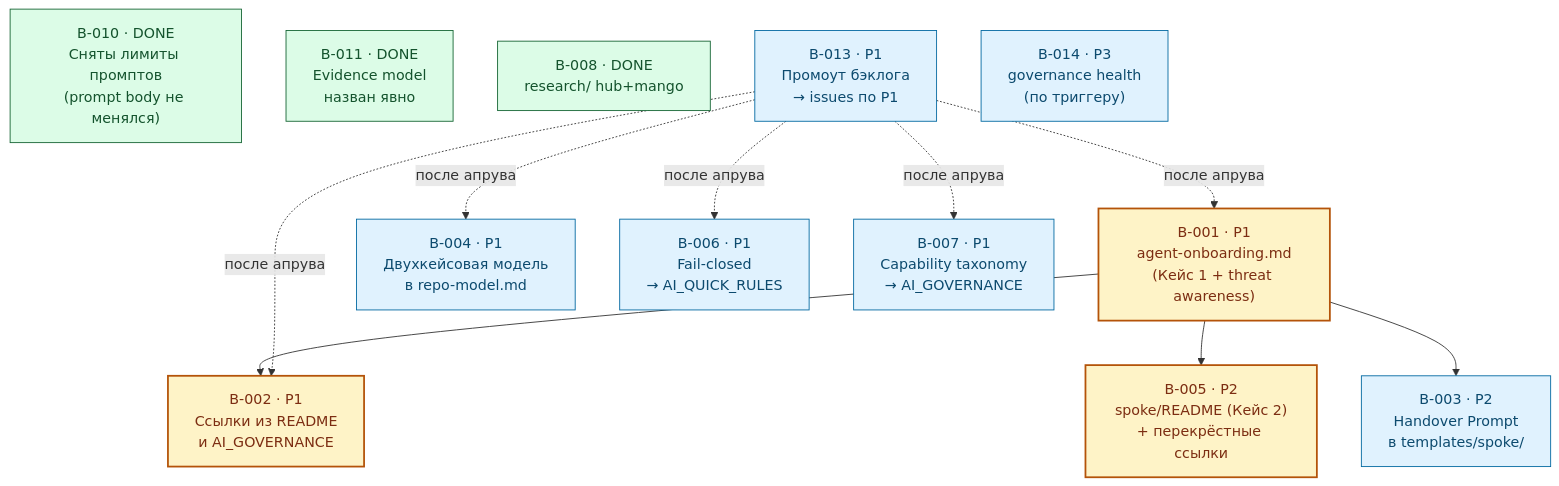
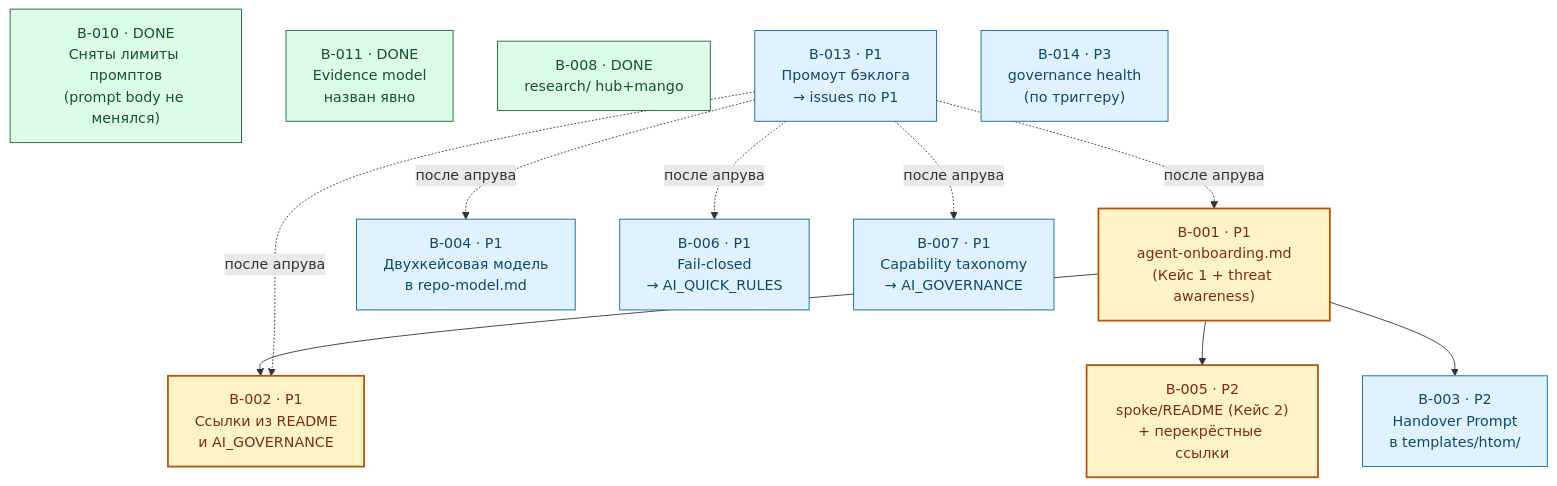
Before and after one commit to konard/G-Ivan-A-hybrid-Intelligence-lab: the diagram in governance/backlog.md, drawn with Mermaid. The commit also changed other lines of this file and 32 other files, not shown here.

Commit message:
creative: clarify HTOM vs spoke concept with full refactoring

````diff
--- a/governance/backlog.md
+++ b/governance/backlog.md
@@ -904,36 +904,36 @@
 ```mermaid
 flowchart TD
     B010["B-010 · DONE<br/>Сняты лимиты промптов<br/>(prompt body не менялся)"]
     B001["B-001 · P1<br/>agent-onboarding.md<br/>(Кейс 1 + threat awareness)"]
     B002["B-002 · P1<br/>Ссылки из README<br/>и AI_GOVERNANCE"]
     B005["B-005 · P2<br/>spoke/README (Кейс 2)<br/>+ перекрёстные ссылки"]
 
-    B003["B-003 · P2<br/>Handover Prompt<br/>в templates/spoke/"]
+    B003["B-003 · P2<br/>Handover Prompt<br/>в templates/htom/"]
     B004["B-004 · P1<br/>Двухкейсовая модель<br/>в repo-model.md"]
     B006["B-006 · P1<br/>Fail-closed<br/>→ AI_QUICK_RULES"]
     B007["B-007 · P1<br/>Capability taxonomy<br/>→ AI_GOVERNANCE"]
     B011["B-011 · DONE<br/>Evidence model<br/>назван явно"]
     B008["B-008 · DONE<br/>research/ hub+mango"]
     B013["B-013 · P1<br/>Промоут бэклога<br/>→ issues по P1"]
     B014["B-014 · P3<br/>governance health<br/>(по триггеру)"]
 
     %% Критический путь
     B001 --> B002
     B001 --> B005
 
     %% Прочие зависимости
     B001 --> B003
     B013 -. "после апрува" .-> B001
     B013 -. "после апрува" .-> B002
     B013 -. "после апрува" .-> B004
     B013 -. "после апрува" .-> B006
     B013 -. "после апрува" .-> B007
 
     classDef crit fill:#fef3c7,stroke:#b45309,color:#7c2d12,stroke-width:2px;
     classDef norm fill:#e0f2fe,stroke:#0369a1,color:#0c4a6e;
     classDef done fill:#dcfce7,stroke:#166534,color:#14532d;
 
     class B001,B002,B005 crit;
     class B003,B004,B006,B007,B013,B014 norm;
     class B008,B010,B011 done;
 ```
````
